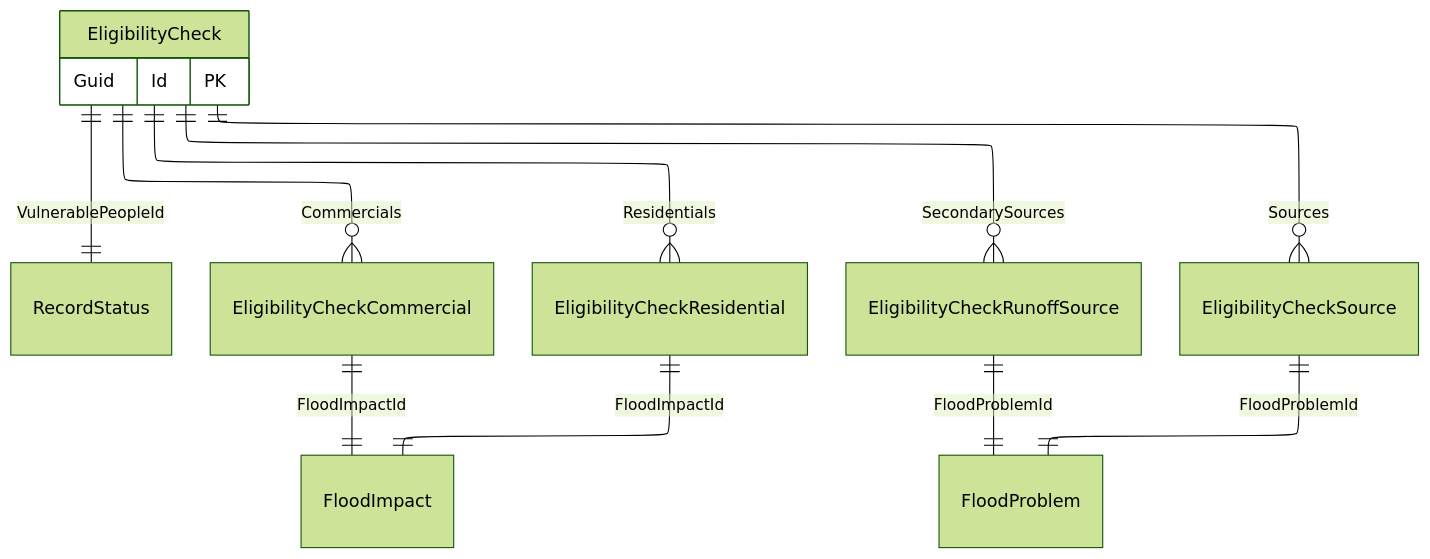
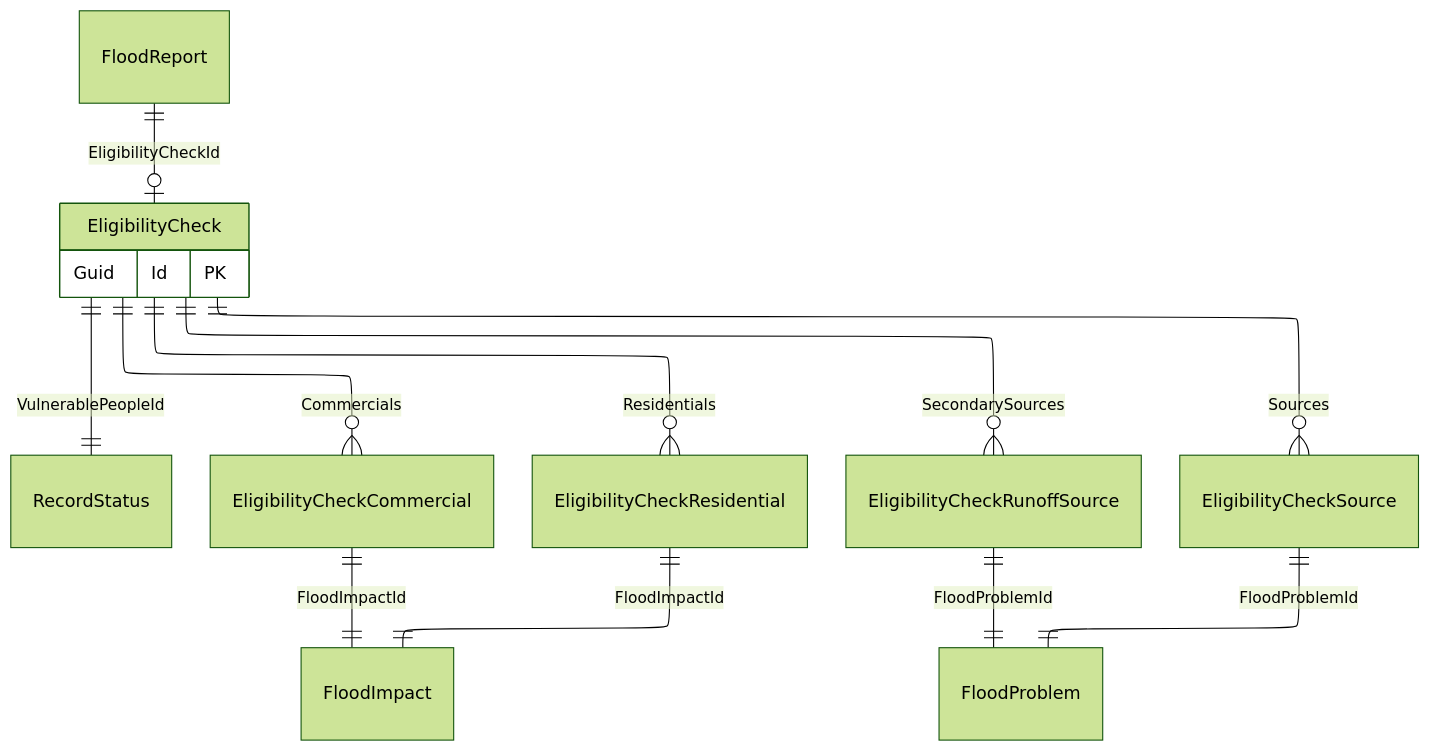
One commit to Dorset-Council-UK/FloodOnlineReportingTool.Public changed the diagram in designs/EligibilityCheck.md. Above: the diagram before and after it, drawn with Mermaid (forest theme).

Commit message:
Added FloodReport to the EligibilityCheck diagram

````diff
--- a/designs/EligibilityCheck.md
+++ b/designs/EligibilityCheck.md
@@ -10,20 +10,21 @@
 ```mermaid
 ---
 config:
   layout: elk
 ---
 erDiagram
   EligibilityCheck {
     Guid Id PK
   }
+  FloodReport ||--o| EligibilityCheck : EligibilityCheckId
   EligibilityCheck ||--|| RecordStatus : "VulnerablePeopleId"
   EligibilityCheck ||--o{ EligibilityCheckCommercial : Commercials
   EligibilityCheck ||--o{ EligibilityCheckResidential : Residentials
   EligibilityCheck ||--o{ EligibilityCheckRunoffSource : SecondarySources
   EligibilityCheck ||--o{ EligibilityCheckSource : Sources
 
   EligibilityCheckCommercial ||--|| FloodImpact : FloodImpactId
   EligibilityCheckResidential ||--|| FloodImpact : FloodImpactId
   EligibilityCheckRunoffSource ||--|| FloodProblem : FloodProblemId
   EligibilityCheckSource ||--|| FloodProblem : FloodProblemId
 ```
````
